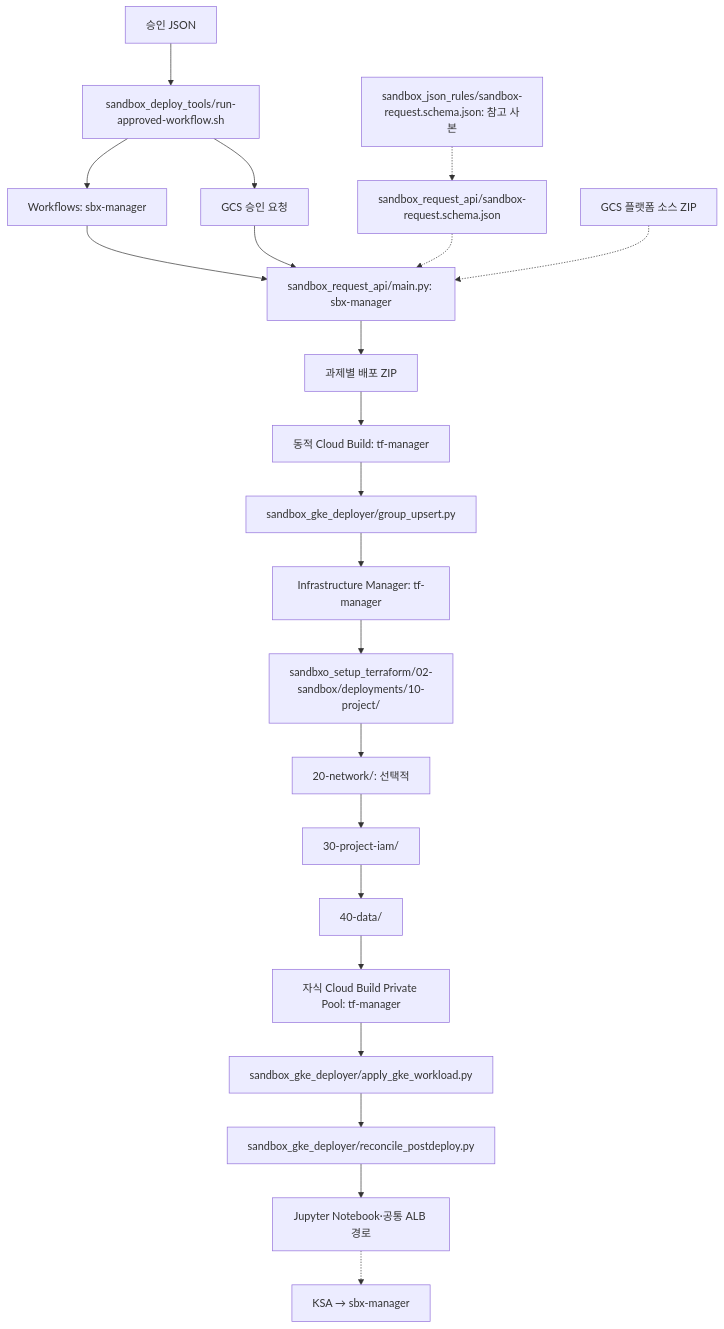
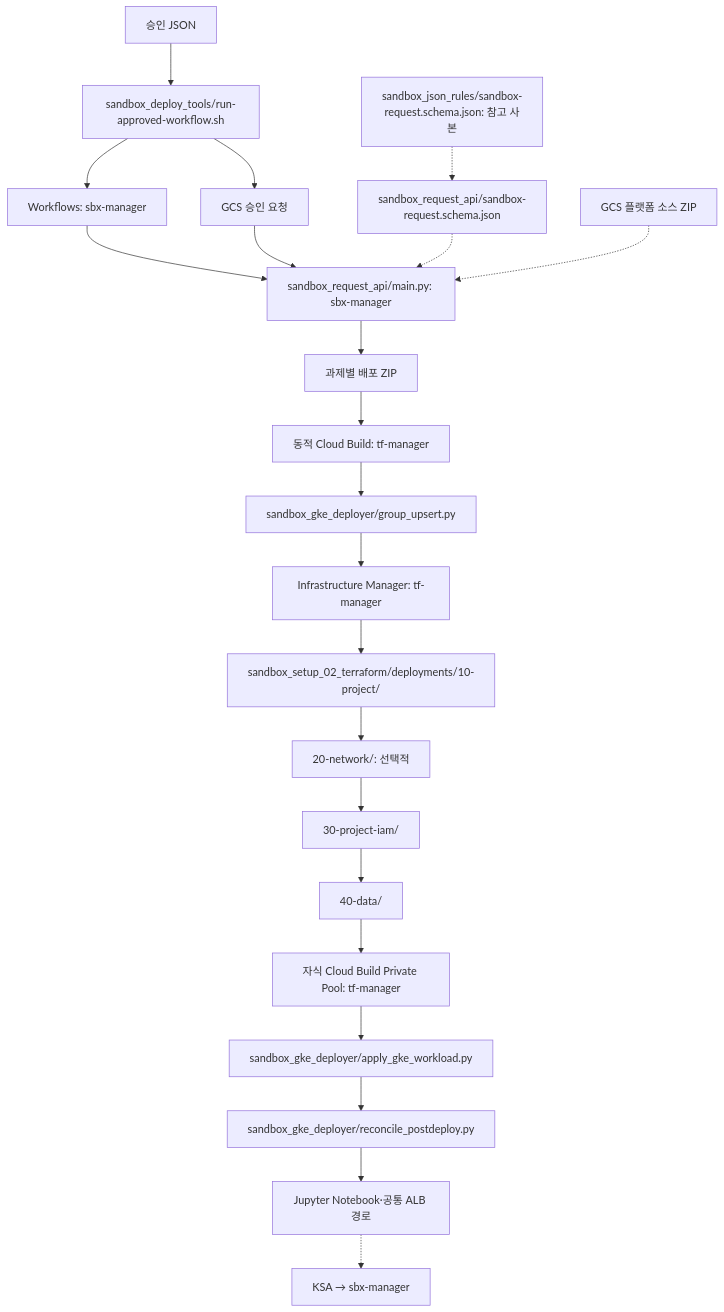
The second of 3 diagrams in docs/file-relationships.md (sonmap/GCP_SBX_Test01), drawn with Mermaid before and after one commit. The commit also changed other lines of this file and 38 other files, not shown here.

First line of the commit message:
Rename setup stages and flatten Terraform folder

````diff
--- a/docs/file-relationships.md
+++ b/docs/file-relationships.md
@@ -26,24 +26,24 @@
 ```mermaid
 flowchart TD
   REQ["승인 JSON"] --> SEND["sandbox_deploy_tools/run-approved-workflow.sh"]
   SEND --> STORE["GCS 승인 요청"]
   SEND --> WF["Workflows: sbx-manager"]
   WF --> API["sandbox_request_api/main.py: sbx-manager"]
   STORE --> API
   SCHEMA["sandbox_request_api/sandbox-request.schema.json"] -.-> API
   REF["sandbox_json_rules/sandbox-request.schema.json: 참고 사본"] -.-> SCHEMA
   SOURCE["GCS 플랫폼 소스 ZIP"] -.-> API
   API --> BUNDLE["과제별 배포 ZIP"]
   BUNDLE --> BUILD["동적 Cloud Build: tf-manager"]
   BUILD --> GRP["sandbox_gke_deployer/group_upsert.py"]
   GRP --> IM["Infrastructure Manager: tf-manager"]
-  IM --> T1["sandbxo_setup_terraform/02-sandbox/deployments/10-project/"]
+  IM --> T1["sandbox_setup_02_terraform/deployments/10-project/"]
   T1 --> T2["20-network/: 선택적"]
   T2 --> T3["30-project-iam/"]
   T3 --> T4["40-data/"]
   T4 --> RUN["자식 Cloud Build Private Pool: tf-manager"]
   RUN --> K8S["sandbox_gke_deployer/apply_gke_workload.py"]
   K8S --> LB["sandbox_gke_deployer/reconcile_postdeploy.py"]
   LB --> USER["Jupyter Notebook·공통 ALB 경로"]
   USER -.-> GSA["KSA → sbx-manager"]
 ```
````
